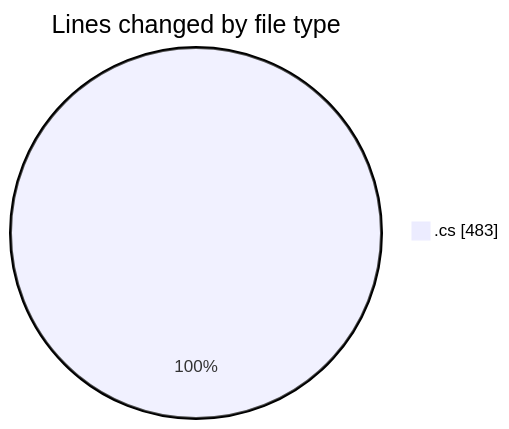
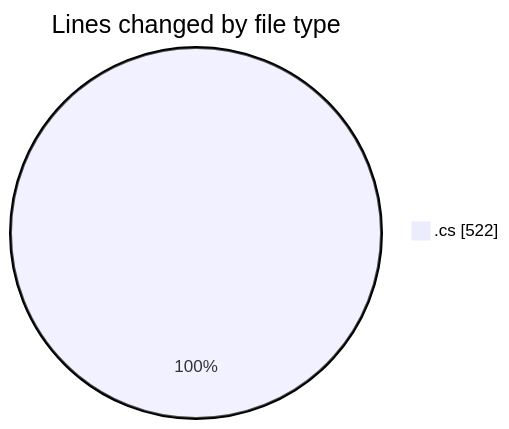
One commit to Netris89/code-tracking changed the first of 2 diagrams in 2025-03-29/back-end/README.md. Above: the diagram before and after it, drawn with Mermaid. The commit also changed other lines of this file and 1 other file, not shown here.

````diff
--- a/2025-03-29/back-end/README.md
+++ b/2025-03-29/back-end/README.md
@@ -21,5 +22,5 @@
 ```mermaid
 pie showData
 title Lines changed by file type
-".cs" : 483
+".cs" : 522
 ```
````
